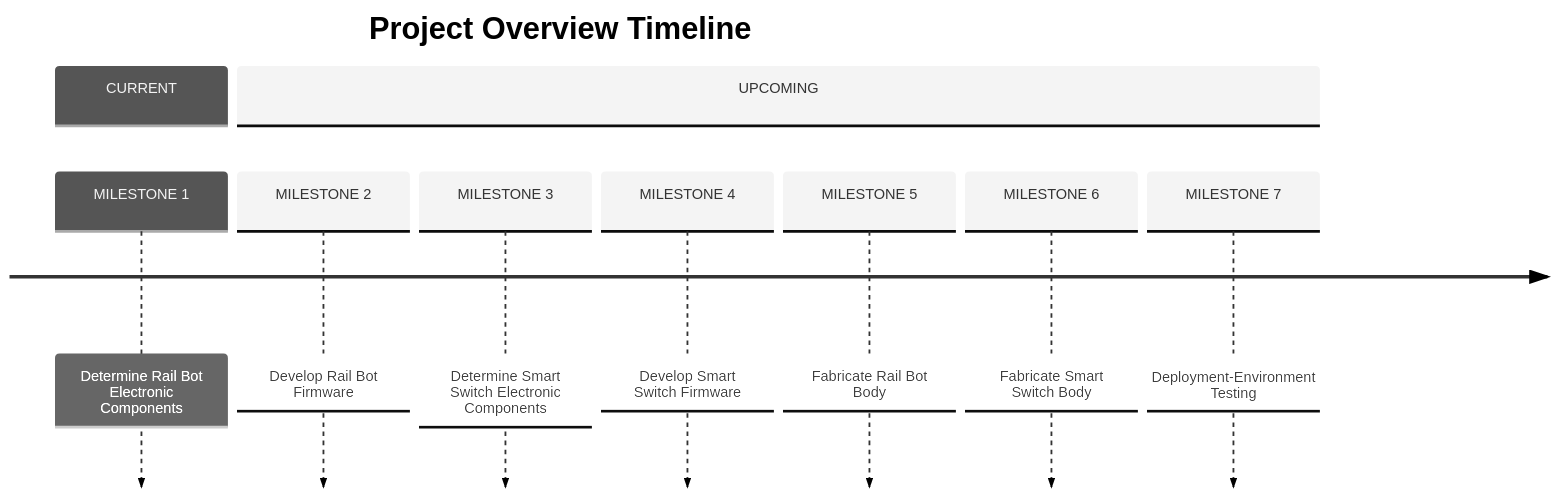
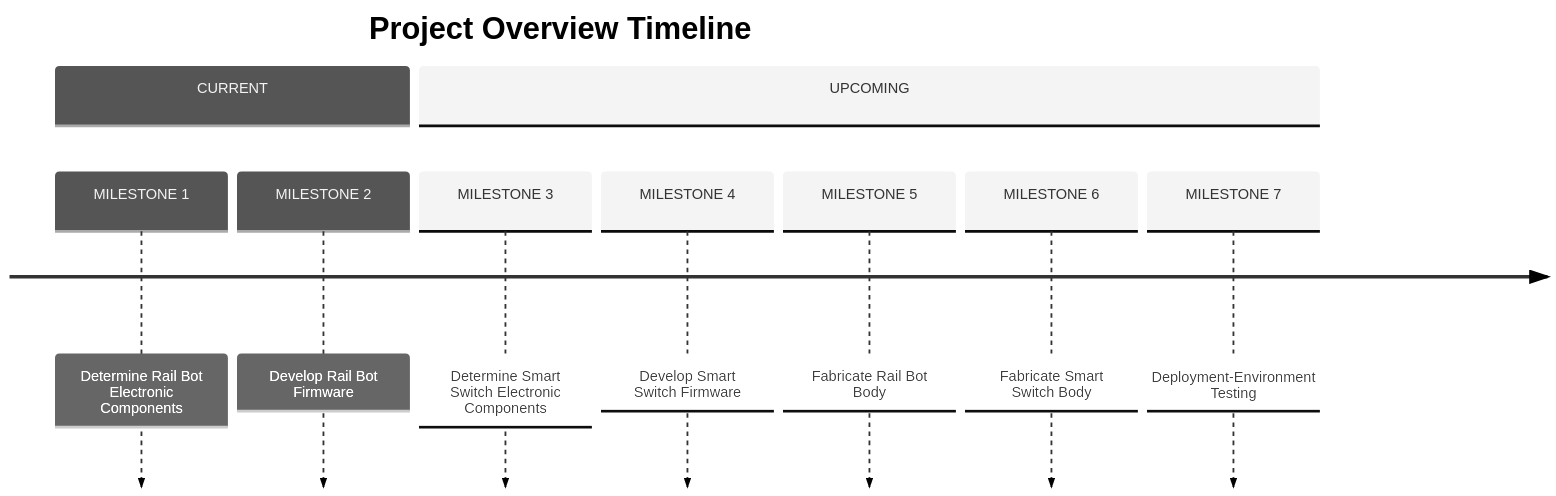
One commit to Dmitri-Viggo-Barks/ShadeGlide changed the diagram in README.md. Above: the diagram before and after it, drawn with Mermaid (neutral theme). The commit also changed other lines of this file, not shown here.

First line of the commit message:
docs(repo): Update milestones in README for project timeline

````diff
--- a/README.md
+++ b/README.md
@@ -153,13 +153,13 @@
 ```mermaid
 timeline
     title Project Overview Timeline
     section CURRENT
         MILESTONE 1 : Determine Rail Bot Electronic Components
+        MILESTONE 2 : Develop Rail Bot Firmware
     section UPCOMING
-        MILESTONE 2 : Develop Rail Bot Firmware
         MILESTONE 3 : Determine Smart Switch Electronic Components
         MILESTONE 4 : Develop Smart Switch Firmware
         MILESTONE 5 : Fabricate Rail Bot Body
         MILESTONE 6 : Fabricate Smart Switch Body
         MILESTONE 7 : Deployment-Environment Testing
 ```
````
